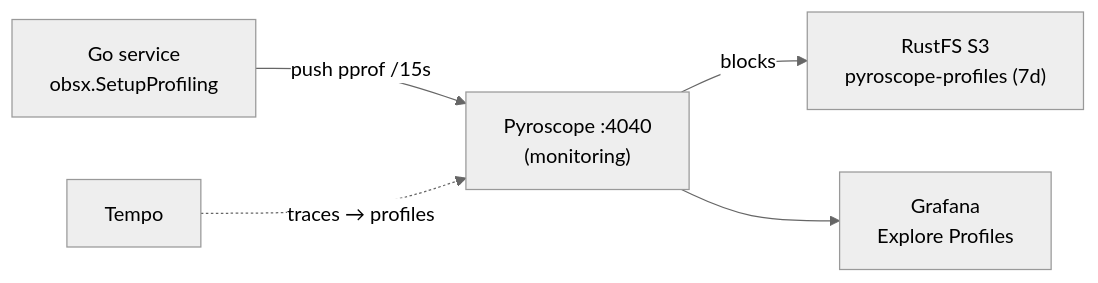
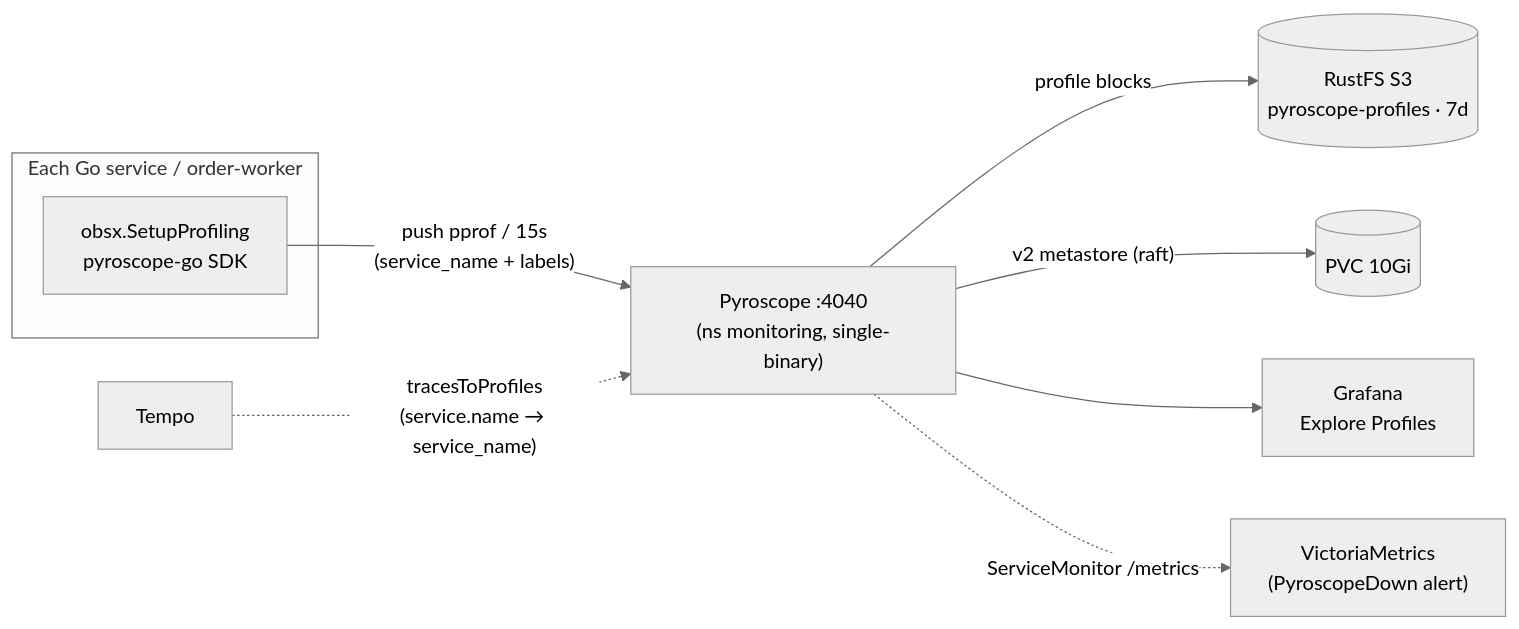
The first of 2 diagrams in docs/observability/profiling/README.md (duynhlab/homelab), drawn with Mermaid (neutral theme) before and after one commit. The commit also changed other lines of this file and 2 other files, not shown here.

First line of the commit message:
Rewrite the Pyroscope continuous-profiling doc (#379)

````diff
--- a/docs/observability/profiling/README.md
+++ b/docs/observability/profiling/README.md
@@ -27,7 +80,12 @@
 ```mermaid
 flowchart LR
-    SVC["Go service<br/>obsx.SetupProfiling"] -- "push pprof /15s" --> PYRO["Pyroscope :4040<br/>(monitoring)"]
-    PYRO -- "blocks" --> S3["RustFS S3<br/>pyroscope-profiles (7d)"]
+    subgraph svc[Each Go service / order-worker]
+      SDK["obsx.SetupProfiling<br/>pyroscope-go SDK"]
+    end
+    SDK -- "push pprof / 15s<br/>(service_name + labels)" --> PYRO["Pyroscope :4040<br/>(ns monitoring, single-binary)"]
+    PYRO -- "profile blocks" --> S3[("RustFS S3<br/>pyroscope-profiles · 7d")]
+    PYRO -- "v2 metastore (raft)" --> PVC[("PVC 10Gi")]
     PYRO --> GRAF["Grafana<br/>Explore Profiles"]
-    TEMPO["Tempo"] -. "traces → profiles" .-> PYRO
+    TEMPO["Tempo"] -. "tracesToProfiles<br/>(service.name → service_name)" .-> PYRO
+    PYRO -. "ServiceMonitor /metrics" .-> VM["VictoriaMetrics<br/>(PyroscopeDown alert)"]
 ```
````
